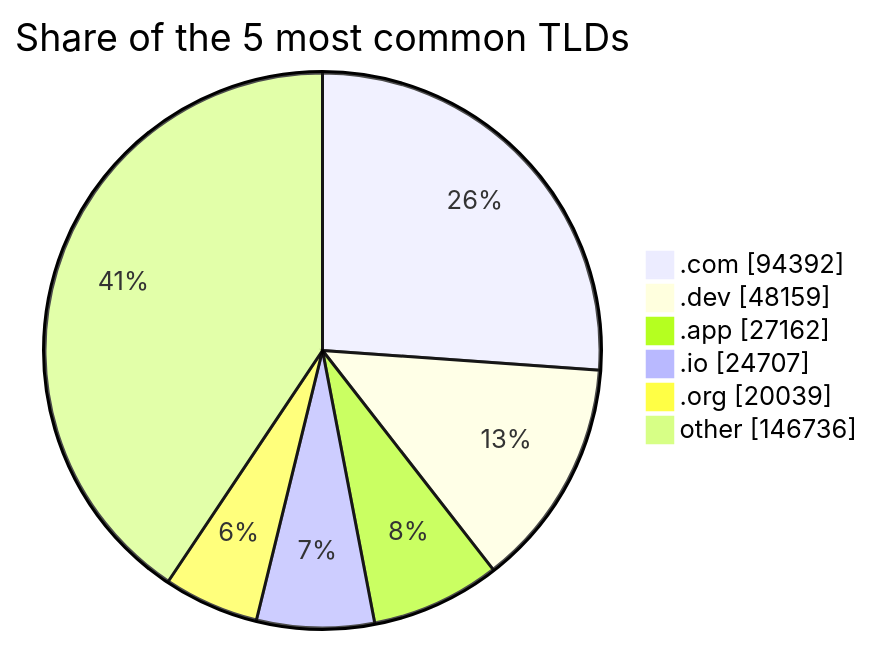
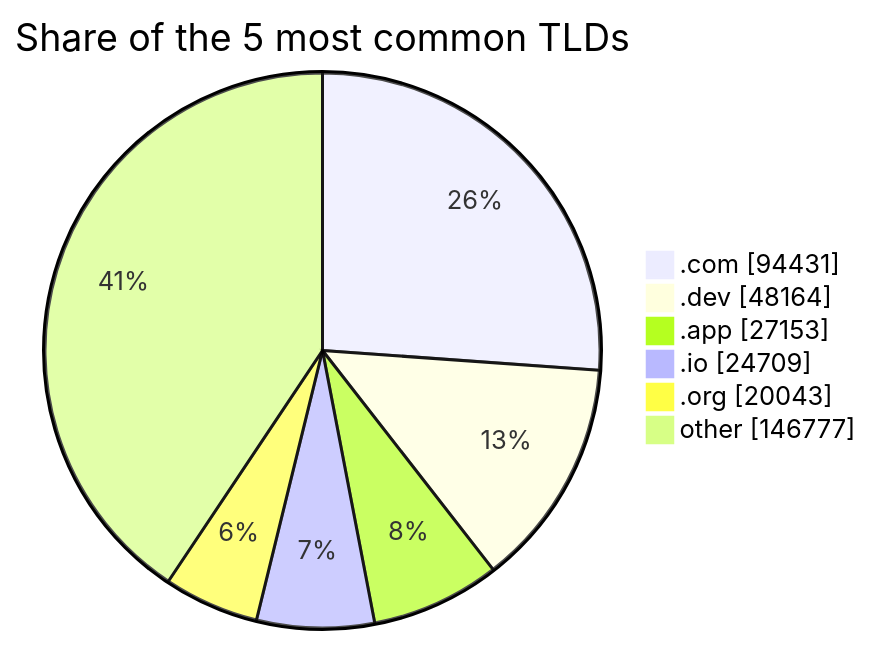
The third of 3 diagrams in README.md (DNSBunker/CTI), drawn with Mermaid before and after one commit. The commit also changed other lines of this file and 3 other files, not shown here.

````diff
--- a/README.md
+++ b/README.md
@@ -81,9 +81,9 @@
 ```mermaid
 pie showData title Share of the 5 most common TLDs
-    ".com" : 94392
-    ".dev" : 48159
-    ".app" : 27162
-    ".io" : 24707
-    ".org" : 20039
-    "other" : 146736
+    ".com" : 94431
+    ".dev" : 48164
+    ".app" : 27153
+    ".io" : 24709
+    ".org" : 20043
+    "other" : 146777
 ```
````
